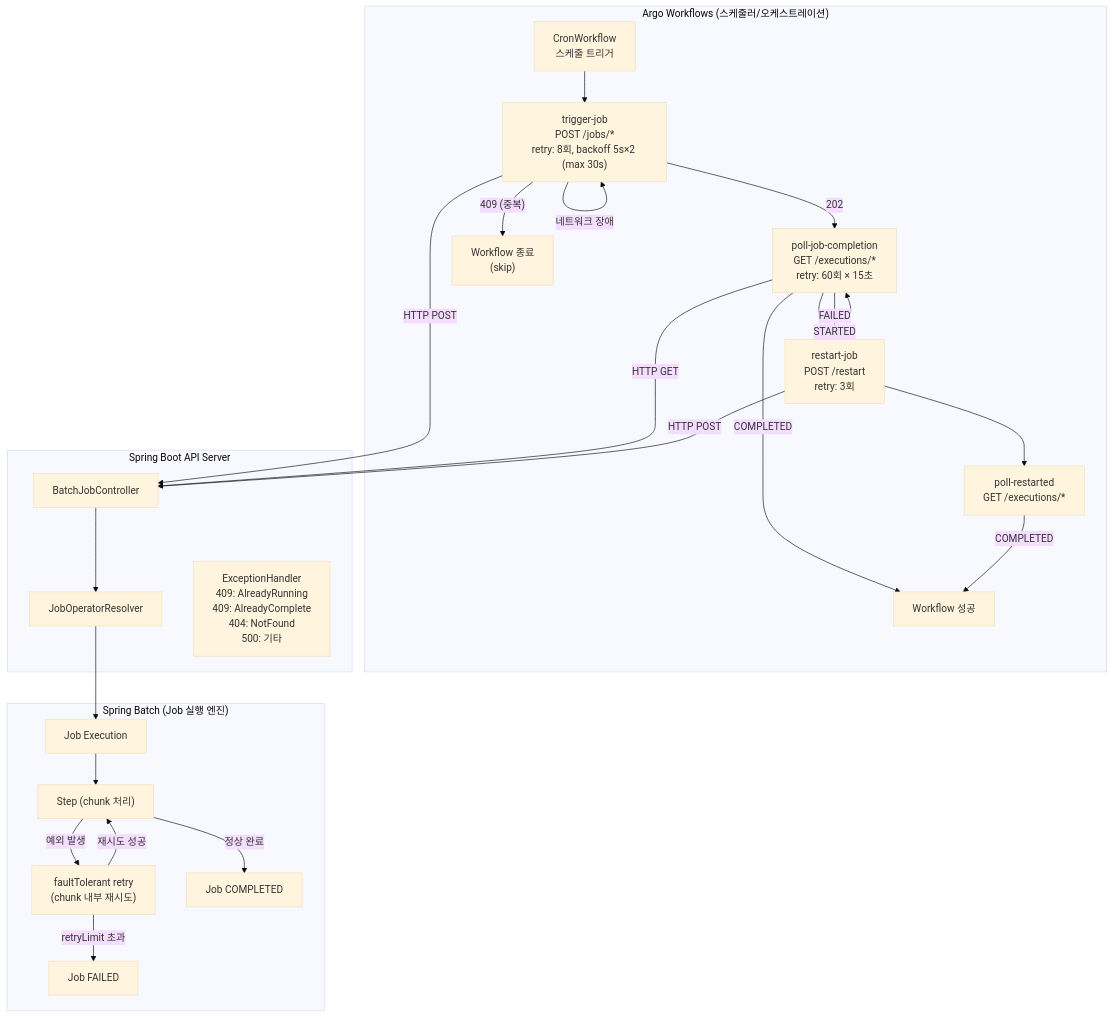
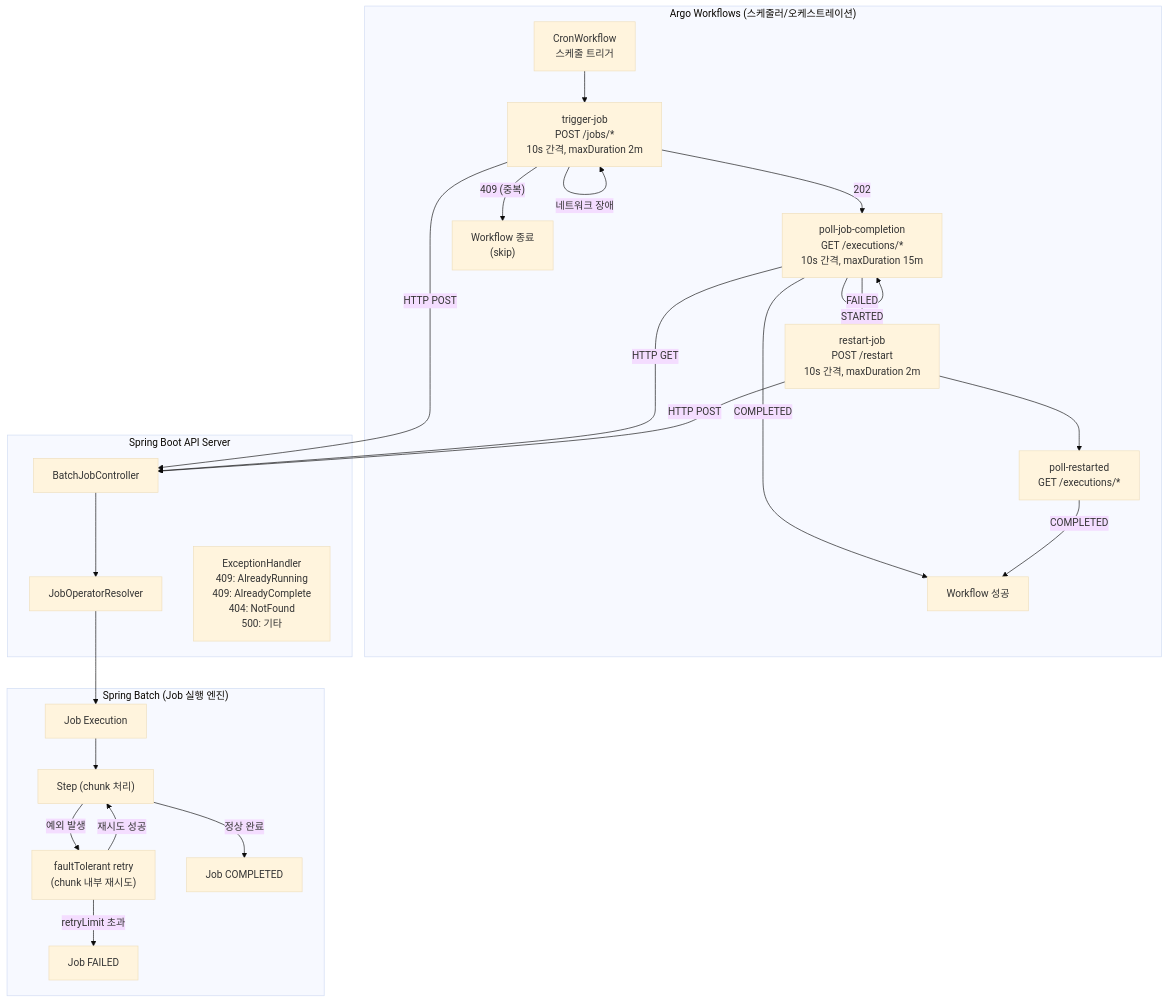
One commit to sanggi-wjg/kotlin-spring-boot-demos changed the fifth of 5 diagrams in spring-batch-argo-workflows/docs/architecture.md. Above: the diagram before and after it, drawn with Mermaid (base theme). The commit also changed other lines of this file and 3 other files, not shown here.

Commit message:
Refine Argo workflows by adjusting polling intervals, retry/backoff settings, and dependencies. Update comments, README, architecture docs, and HTTP status codes for improved clarity and consistency.

````diff
--- a/spring-batch-argo-workflows/docs/architecture.md
+++ b/spring-batch-argo-workflows/docs/architecture.md
@@ -234,42 +234,42 @@
 ```mermaid
 flowchart TB
     subgraph argo["Argo Workflows (스케줄러/오케스트레이션)"]
         cron["CronWorkflow<br/>스케줄 트리거"]
-        trigger["trigger-job<br/>POST /jobs/*<br/>retry: 8회, backoff 5s×2 (max 30s)"]
-        poll["poll-job-completion<br/>GET /executions/*<br/>retry: 60회 × 15초"]
-        restart["restart-job<br/>POST /restart<br/>retry: 3회"]
+        trigger["trigger-job<br/>POST /jobs/*<br/>10s 간격, maxDuration 2m"]
+        poll["poll-job-completion<br/>GET /executions/*<br/>10s 간격, maxDuration 15m"]
+        restart["restart-job<br/>POST /restart<br/>10s 간격, maxDuration 2m"]
         poll2["poll-restarted<br/>GET /executions/*"]
         cron --> trigger
         trigger -->|" 202 "| poll
         trigger -->|" 409 (중복) "| skip["Workflow 종료<br/>(skip)"]
         trigger -->|" 네트워크 장애 "| trigger
         poll -->|" COMPLETED "| success["Workflow 성공"]
         poll -->|" FAILED "| restart
         poll -->|" STARTED "| poll
         restart --> poll2
         poll2 -->|" COMPLETED "| success
     end
 
     subgraph spring["Spring Boot API Server"]
         controller["BatchJobController"]
         resolver["JobOperatorResolver"]
         exHandler["ExceptionHandler<br/>409: AlreadyRunning<br/>409: AlreadyComplete<br/>404: NotFound<br/>500: 기타"]
     end
 
     subgraph batch["Spring Batch (Job 실행 엔진)"]
         job["Job Execution"]
         step["Step (chunk 처리)"]
         batchRetry["faultTolerant retry<br/>(chunk 내부 재시도)"]
         job --> step
         step -->|" 예외 발생 "| batchRetry
         batchRetry -->|" 재시도 성공 "| step
         batchRetry -->|" retryLimit 초과 "| failed["Job FAILED"]
         step -->|" 정상 완료 "| completed["Job COMPLETED"]
     end
 
     trigger -->|" HTTP POST "| controller
     poll -->|" HTTP GET "| controller
     restart -->|" HTTP POST "| controller
     controller --> resolver
     resolver --> job
 ```
````
